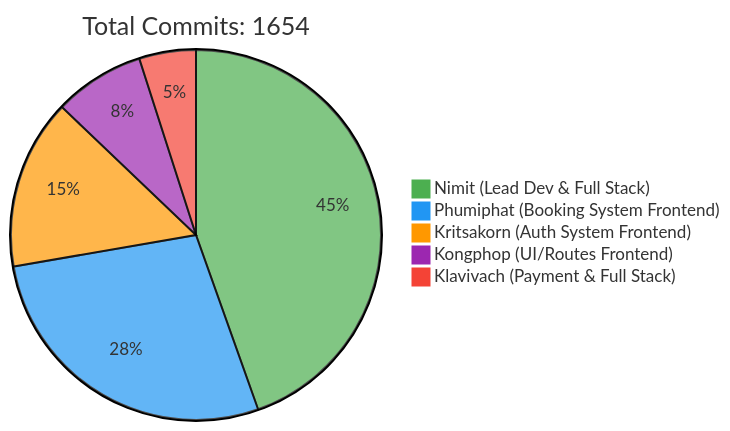
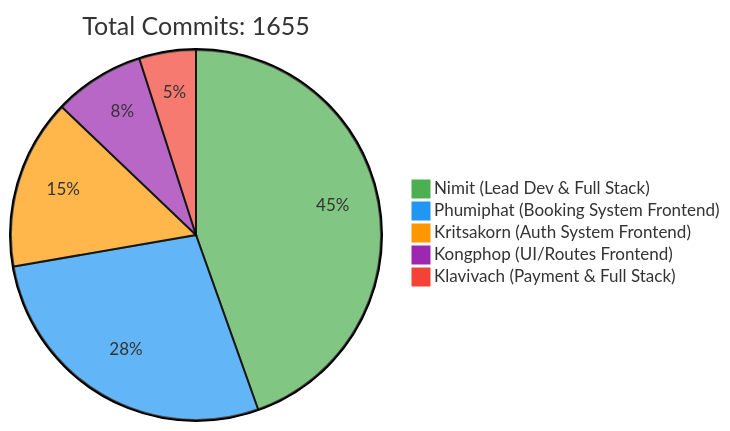
The first of 2 diagrams in README.md (6531503042/Sport-Complex), drawn with Mermaid before and after one commit. The commit also changed other lines of this file, not shown here.

Commit message:
docs: Update contributor statistics [skip ci]

````diff
--- a/README.md
+++ b/README.md
@@ -257,10 +257,10 @@
 ```mermaid
 %%{init: {'theme': 'base', 'themeVariables': { 'pie1': '#4CAF50', 'pie2': '#2196F3', 'pie3': '#FF9800', 'pie4': '#9C27B0', 'pie5': '#F44336'}}}%%
 pie
-    title Total Commits: 1654
+    title Total Commits: 1655
     "Nimit (Lead Dev & Full Stack)" : 450
     "Phumiphat (Booking System Frontend)" : 280
     "Kritsakorn (Auth System Frontend)" : 150
     "Kongphop (UI/Routes Frontend)" : 80
     "Klavivach (Payment & Full Stack)" : 50
 ```
````
